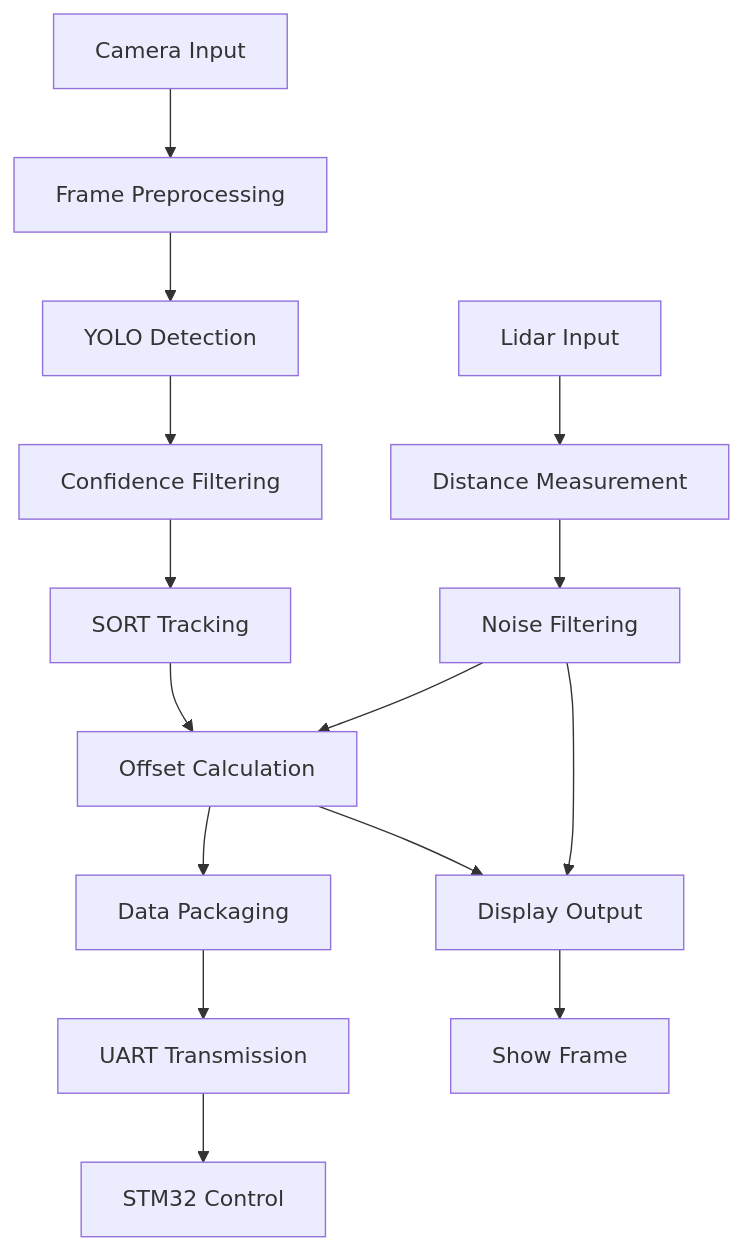
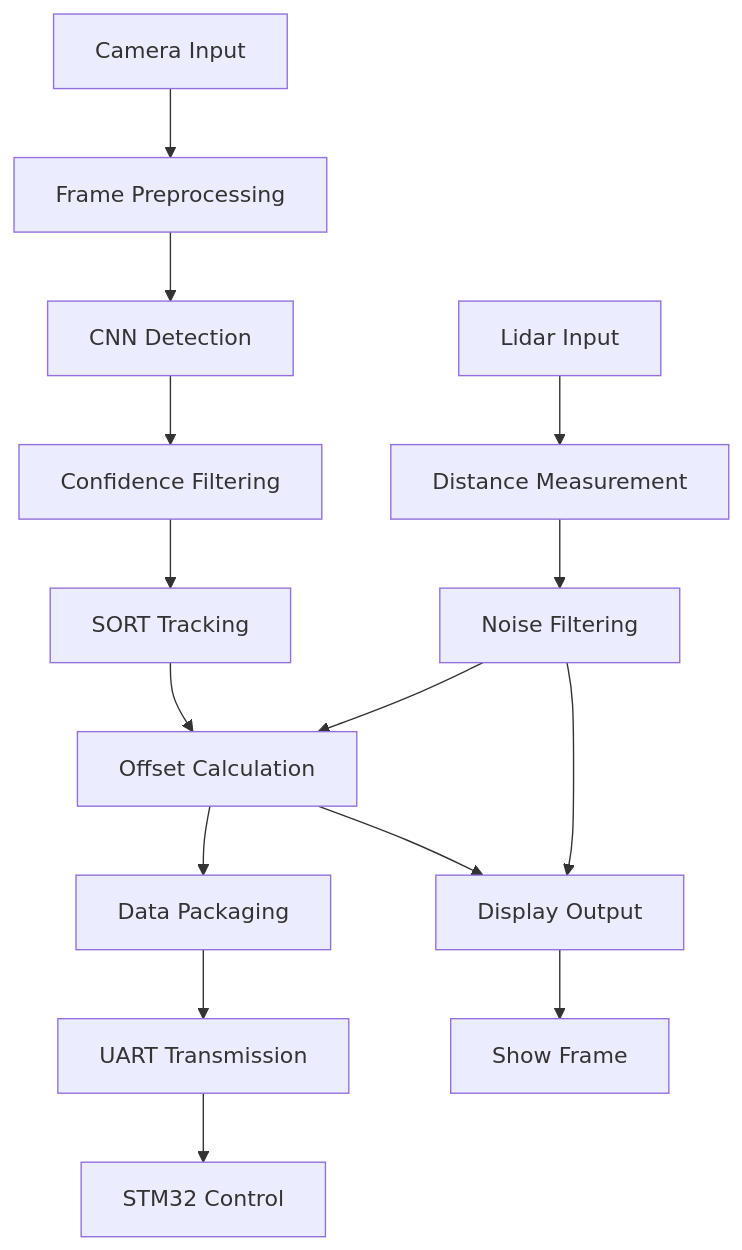
Before and after one commit to BaoHan1712/ROBOCON-ABU-2025: the diagram in README.md, drawn with Mermaid. The commit also changed other lines of this file, not shown here.

````diff
--- a/README.md
+++ b/README.md
@@ -218,20 +218,20 @@
 ```mermaid
 flowchart TD
     A[Camera Input] --> B[Frame Preprocessing]
-    B --> C[YOLO Detection]
+    B --> C[CNN Detection]
     C --> D[Confidence Filtering]
     D --> E[SORT Tracking]
     
     F[Lidar Input] --> G[Distance Measurement]
     G --> H[Noise Filtering]
     
     E --> I[Offset Calculation]
     H --> I
     I --> J[Data Packaging]
     J --> K[UART Transmission]
     K --> L[STM32 Control]
     
     M[Display Output] --> N[Show Frame]
     I --> M
     H --> M
 ```
````
